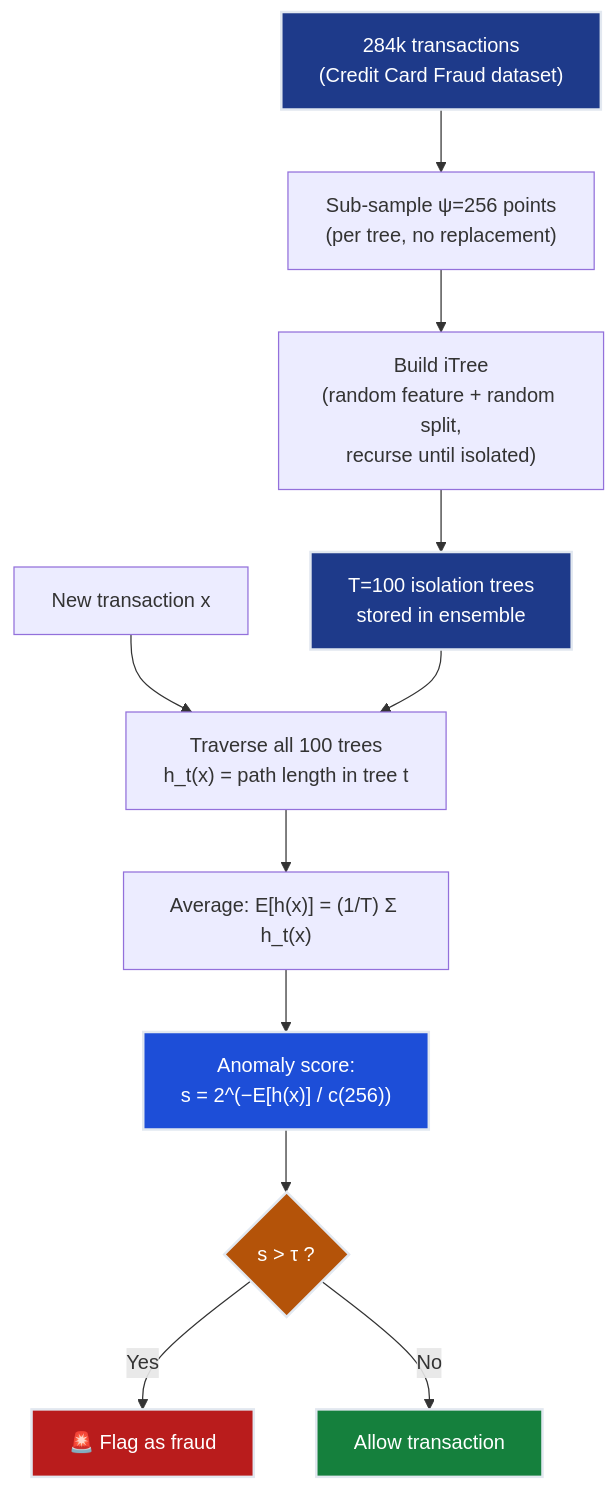
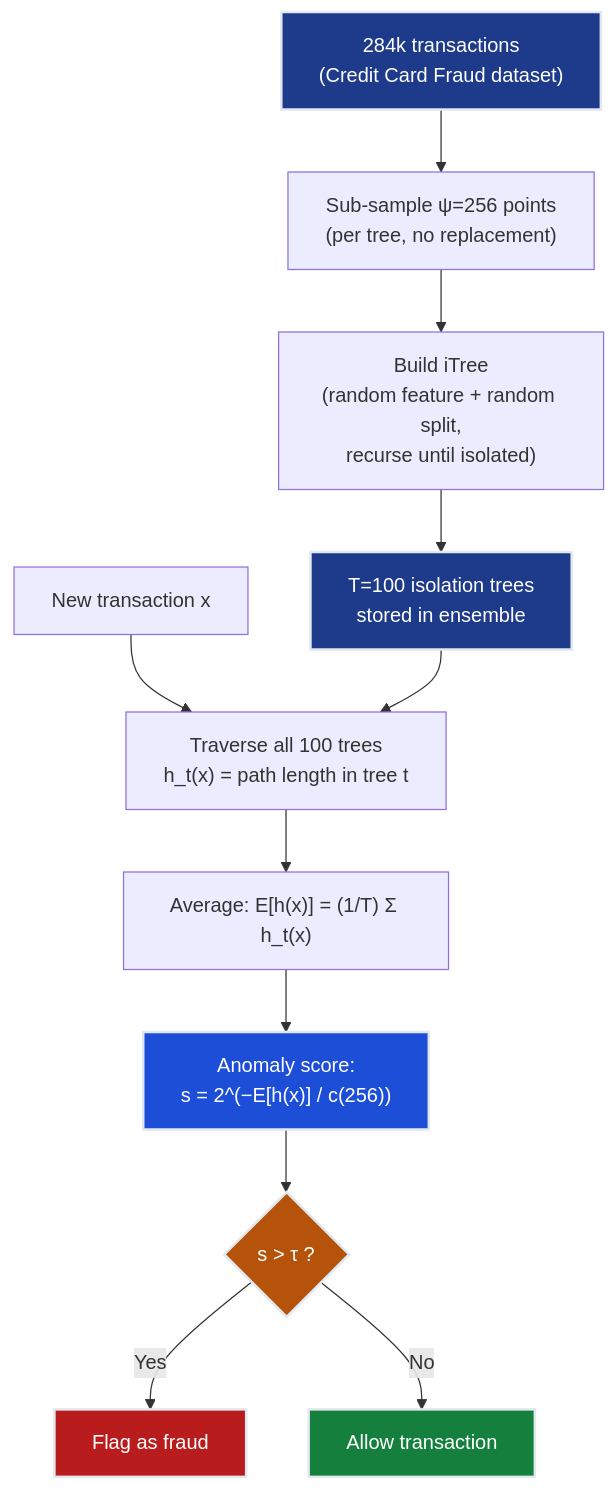
One commit to dsgouda7/ai-portfolio changed the second of 3 diagrams in notes/01-ml/05-anomaly-detection/ch02_isolation_forest/README.md. Above: the diagram before and after it, drawn with Mermaid. The commit also changed other lines of this file and 391 other files, not shown here.

````diff
--- a/notes/01-ml/05-anomaly-detection/ch02_isolation_forest/README.md
+++ b/notes/01-ml/05-anomaly-detection/ch02_isolation_forest/README.md
@@ -465,32 +465,32 @@
 ```mermaid
 flowchart TD
  DATA["284k transactions\n(Credit Card Fraud dataset)"]
  SAMPLE["Sub-sample ψ=256 points\n(per tree, no replacement)"]
  BUILD["Build iTree\n(random feature + random split,\nrecurse until isolated)"]
  TREES["T=100 isolation trees\nstored in ensemble"]
  TX["New transaction x"]
  PATH["Traverse all 100 trees\nh_t(x) = path length in tree t"]
  AVG["Average: E[h(x)] = (1/T) Σ h_t(x)"]
  SCORE["Anomaly score:\ns = 2^(−E[h(x)] / c(256))"]
  THRESH{"s > τ ?"}
- FRAUD["🚨 Flag as fraud"]
+ FRAUD[" Flag as fraud"]
  NORMAL[" Allow transaction"]
 
  DATA --> SAMPLE
  SAMPLE --> BUILD
  BUILD --> TREES
  TX --> PATH
  TREES --> PATH
  PATH --> AVG
  AVG --> SCORE
  SCORE --> THRESH
  THRESH -->|"Yes"| FRAUD
  THRESH -->|"No"| NORMAL
 
  style DATA fill:#1e3a8a,stroke:#e2e8f0,stroke-width:2px,color:#ffffff
  style TREES fill:#1e3a8a,stroke:#e2e8f0,stroke-width:2px,color:#ffffff
  style FRAUD fill:#b91c1c,stroke:#e2e8f0,stroke-width:2px,color:#ffffff
  style NORMAL fill:#15803d,stroke:#e2e8f0,stroke-width:2px,color:#ffffff
  style SCORE fill:#1d4ed8,stroke:#e2e8f0,stroke-width:2px,color:#ffffff
  style THRESH fill:#b45309,stroke:#e2e8f0,stroke-width:2px,color:#ffffff
 ```
````
